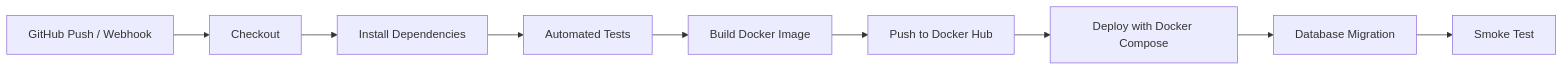
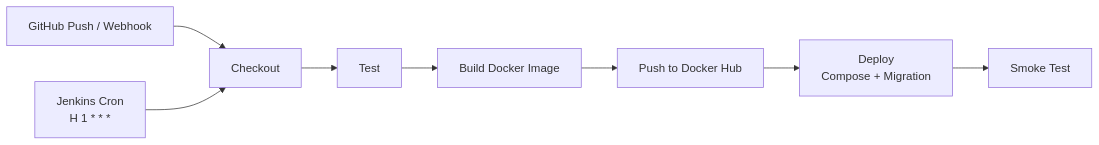
Before and after one commit to Zhacksdev/antrisehat-app: the second of 2 diagrams in README.md, drawn with Mermaid. The commit also changed other lines of this file, not shown here.

````diff
--- a/README.md
+++ b/README.md
@@ -514,11 +362,10 @@
-``` mermaid
+```mermaid
 flowchart LR
     A["GitHub Push / Webhook"] --> B["Checkout"]
-    B --> C["Install Dependencies"]
-    C --> D["Automated Tests"]
-    D --> E["Build Docker Image"]
-    E --> F["Push to Docker Hub"]
-    F --> G["Deploy with Docker Compose"]
-    G --> H["Database Migration"]
-    H --> I["Smoke Test"]
+    B --> C["Test"]
+    C --> D["Build Docker Image"]
+    D --> E["Push to Docker Hub"]
+    E --> F["Deploy<br/>Compose + Migration"]
+    F --> G["Smoke Test"]
+    H["Jenkins Cron<br/>H 1 * * *"] --> B
 ```
````
